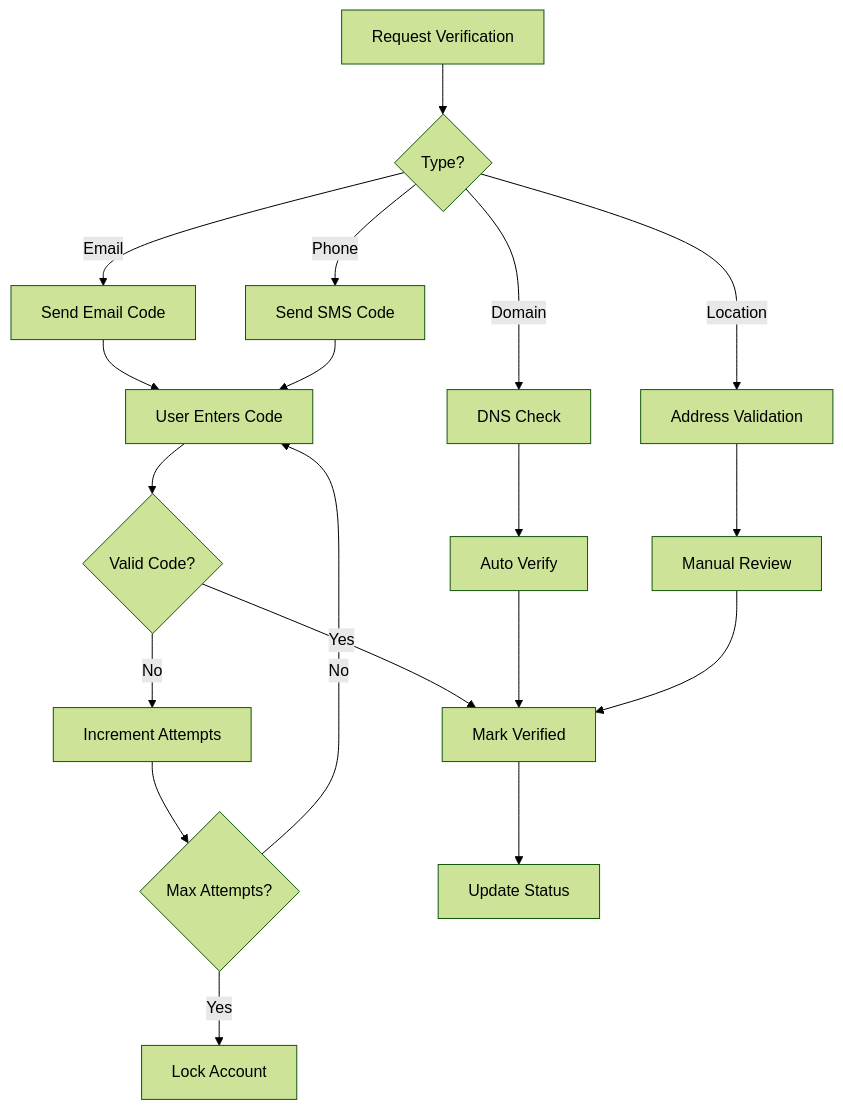
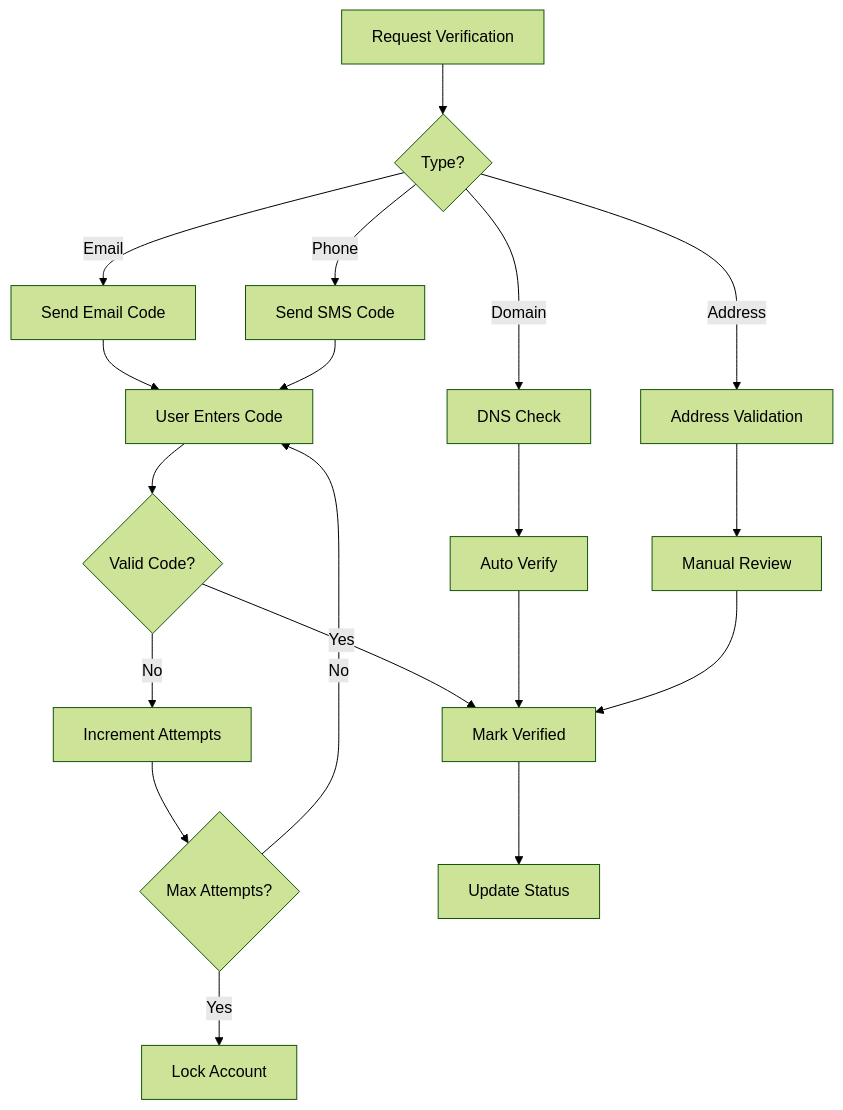
The eighth of 12 diagrams in readmes/_archive/legacy/webclerk3_components_workflows.md (JPods/WebClerk), drawn with Mermaid (forest theme) before and after one commit. The commit also changed other lines of this file and 38 other files, not shown here.

Commit message:
scrub and protect model renames location -> address, sales_order -> order...

````diff
--- a/readmes/_archive/legacy/webclerk3_components_workflows.md
+++ b/readmes/_archive/legacy/webclerk3_components_workflows.md
@@ -317,24 +317,24 @@
 ```mermaid
 flowchart TD
     A[Request Verification] --> B{Type?}
     B -->|Email| C[Send Email Code]
     B -->|Phone| D[Send SMS Code]
     B -->|Domain| E[DNS Check]
-    B -->|Location| F[Address Validation]
+    B -->|Address| F[Address Validation]
 
     C --> G[User Enters Code]
     D --> G
     E --> H[Auto Verify]
     F --> I[Manual Review]
 
     G --> J{Valid Code?}
     J -->|Yes| K[Mark Verified]
     J -->|No| L[Increment Attempts]
     L --> M{Max Attempts?}
     M -->|No| G
     M -->|Yes| N[Lock Account]
 
     H --> K
     I --> K
     K --> O[Update Status]
 ```
````
